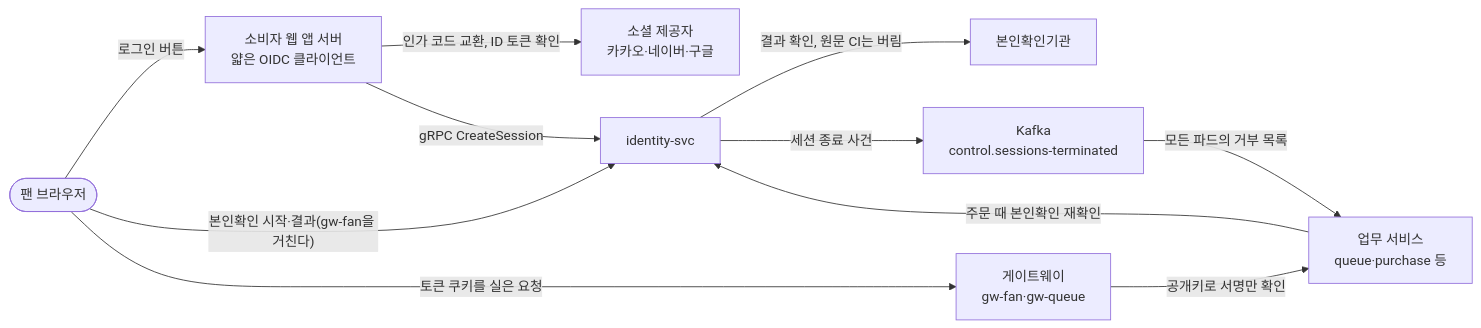
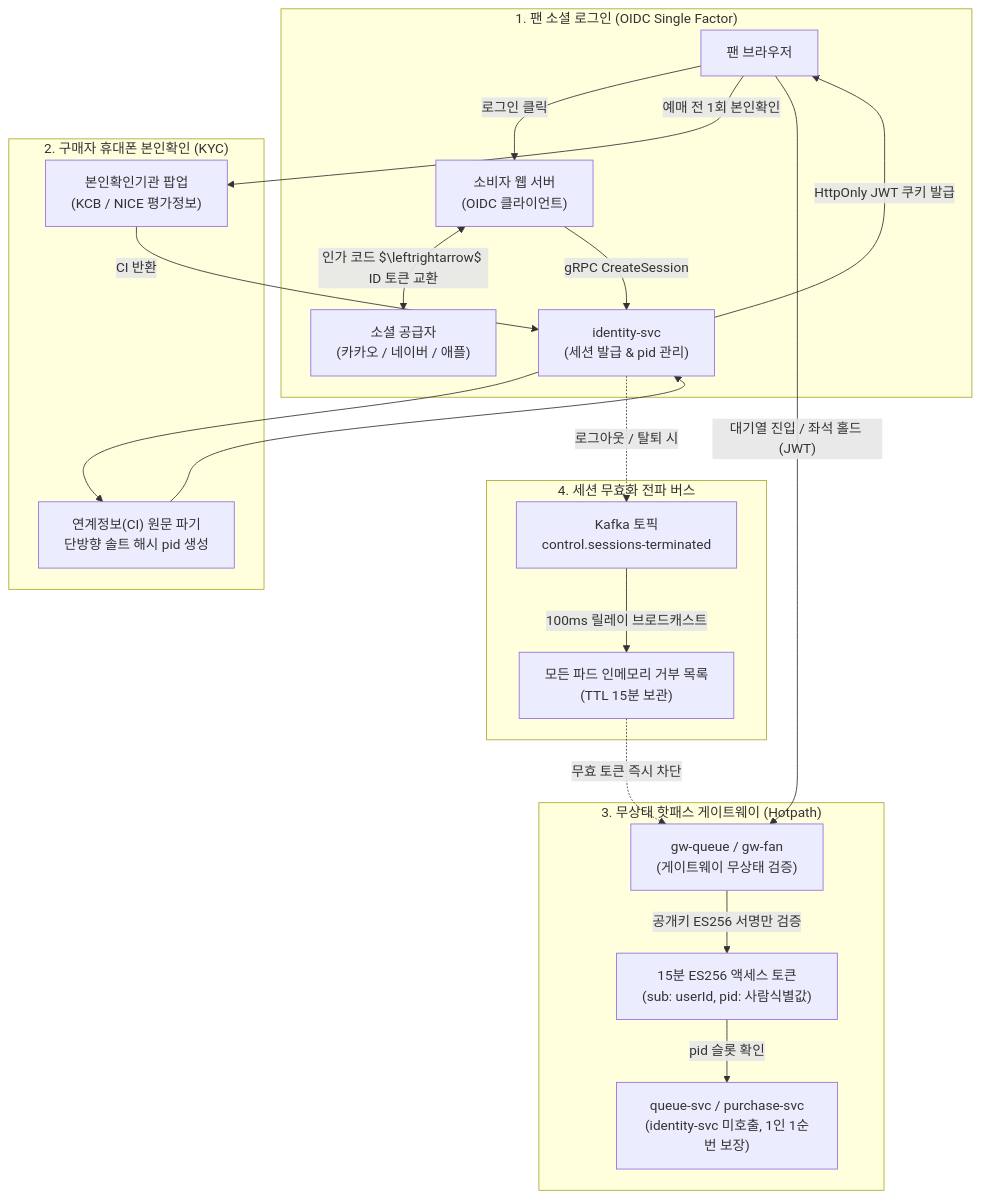
The first of 2 diagrams in docs/walkthrough/fields/08-identity.md (peaket/peaket), drawn with Mermaid before and after one commit. The commit also changed other lines of this file and 77 other files, not shown here.

````diff
--- a/docs/walkthrough/fields/08-identity.md
+++ b/docs/walkthrough/fields/08-identity.md
@@ -17,21 +23,42 @@
 ```mermaid
-flowchart LR
-    fan(["팬 브라우저"])
-    web["소비자 웹 앱 서버<br/>얇은 OIDC 클라이언트"]
-    idp["소셜 제공자<br/>카카오·네이버·구글"]
-    idn["identity-svc"]
-    kyc["본인확인기관"]
-    gw["게이트웨이<br/>gw-fan·gw-queue"]
-    svc["업무 서비스<br/>queue·purchase 등"]
-    kafka["Kafka<br/>control.sessions-terminated"]
-    fan -->|"로그인 버튼"| web
-    web -->|"인가 코드 교환, ID 토큰 확인"| idp
-    web -->|"gRPC CreateSession"| idn
-    fan -->|"본인확인 시작·결과(gw-fan을 거친다)"| idn
-    idn -->|"결과 확인, 원문 CI는 버림"| kyc
-    fan -->|"토큰 쿠키를 실은 요청"| gw
-    gw -->|"공개키로 서명만 확인"| svc
-    svc -->|"주문 때 본인확인 재확인"| idn
-    idn -->|"세션 종료 사건"| kafka
-    kafka -->|"모든 파드의 거부 목록"| svc
+flowchart TD
+    subgraph FanAuth["1. 팬 소셜 로그인 (OIDC Single Factor)"]
+        FAN_BROWSER["팬 브라우저"]
+        WEB_SERVER["소비자 웹 서버<br/>(OIDC 클라이언트)"]
+        SOCIAL_IDP["소셜 공급자<br/>(카카오 / 네이버 / 애플)"]
+        ID_SVC["identity-svc<br/>(세션 발급 & pid 관리)"]
+    end
+
+    subgraph KYC["2. 구매자 휴대폰 본인확인 (KYC)"]
+        KYC_POPUP["본인확인기관 팝업<br/>(KCB / NICE 평가정보)"]
+        CI_HASH["연계정보(CI) 원문 파기<br/>단방향 솔트 해시 pid 생성"]
+    end
+
+    subgraph StatelessHotpath["3. 무상태 핫패스 게이트웨이 (Hotpath)"]
+        GW_QUEUE["gw-queue / gw-fan<br/>(게이트웨이 무상태 검증)"]
+        JWT_TOKEN["15분 ES256 액세스 토큰<br/>(sub: userId, pid: 사람식별값)"]
+        QUEUE_SVC["queue-svc / purchase-svc<br/>(identity-svc 미호출, 1인 1순번 보장)"]
+    end
+
+    subgraph RevocationBus["4. 세션 무효화 전파 버스"]
+        KAFKA_BUS["Kafka 토픽<br/>control.sessions-terminated"]
+        DENY_LIST["모든 파드 인메모리 거부 목록<br/>(TTL 15분 보관)"]
+    end
+
+    FAN_BROWSER -->|"로그인 클릭"| WEB_SERVER
+    WEB_SERVER <-->|"인가 코드 $\leftrightarrow$ ID 토큰 교환"| SOCIAL_IDP
+    WEB_SERVER -->|"gRPC CreateSession"| ID_SVC
+    ID_SVC -->|"HttpOnly JWT 쿠키 발급"| FAN_BROWSER
+
+    FAN_BROWSER -->|"예매 전 1회 본인확인"| KYC_POPUP
+    KYC_POPUP -->|"CI 반환"| ID_SVC
+    ID_SVC --> CI_HASH --> ID_SVC
+
+    FAN_BROWSER -->|"대기열 진입 / 좌석 홀드 (JWT)"| GW_QUEUE
+    GW_QUEUE -->|"공개키 ES256 서명만 검증"| JWT_TOKEN
+    JWT_TOKEN -->|"pid 슬롯 확인"| QUEUE_SVC
+
+    ID_SVC -.->|"로그아웃 / 탈퇴 시"| KAFKA_BUS
+    KAFKA_BUS -->|"100ms 릴레이 브로드캐스트"| DENY_LIST
+    DENY_LIST -.->|"무효 토큰 즉시 차단"| GW_QUEUE
 ```
````
